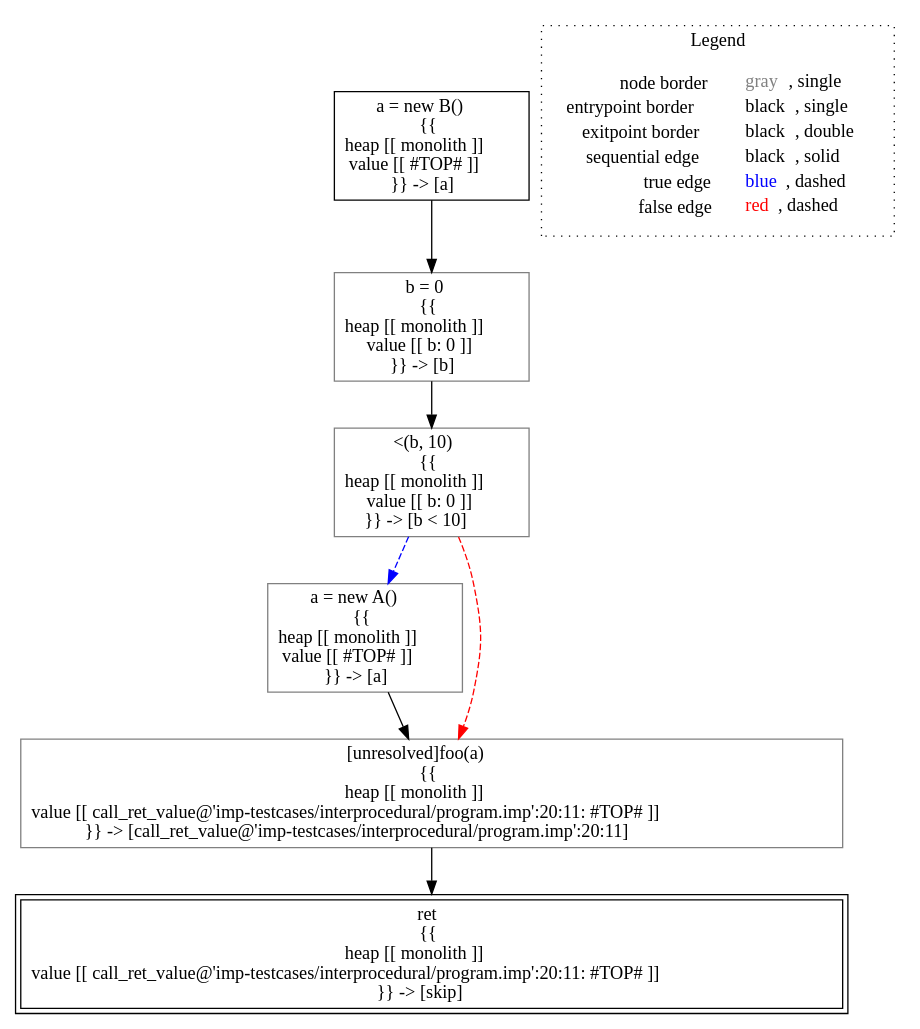
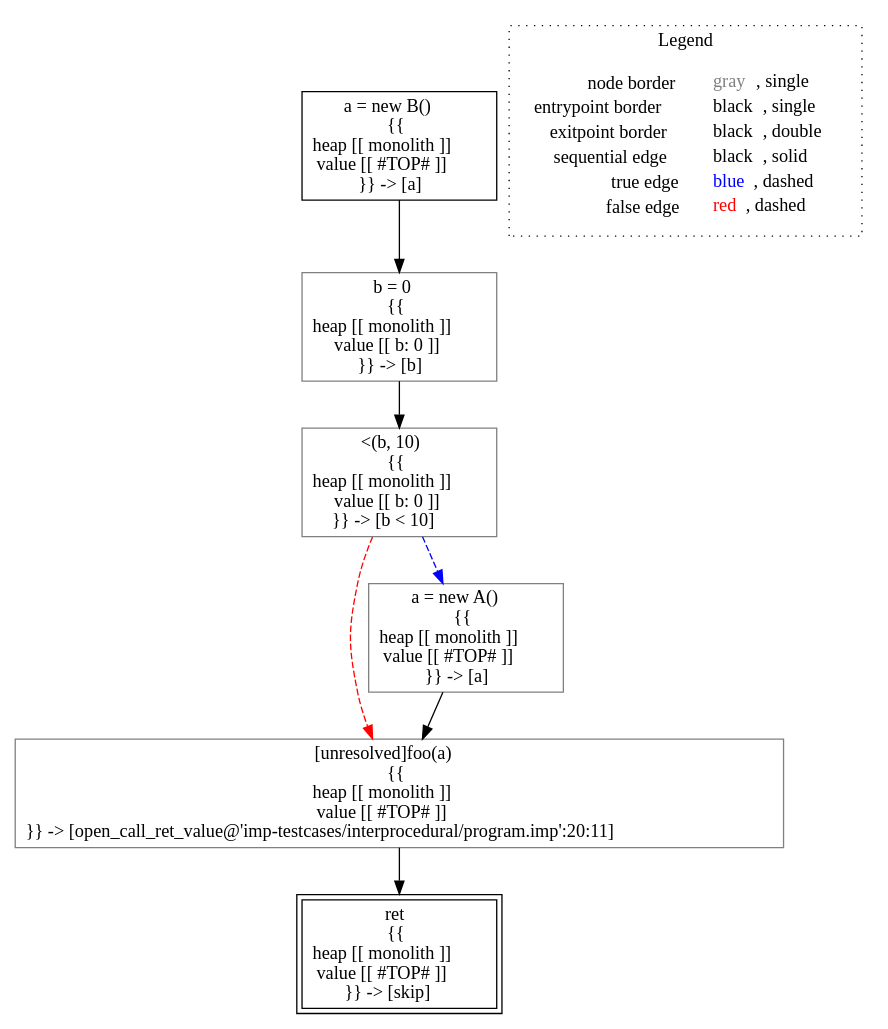
Before and after one commit to lisa-analyzer/lisa: the diagram in lisa/imp-testcases/interprocedural/RTA/analysis___untyped_tests.subtyping(tests_this).dot, drawn with Graphviz. The commit also changed 2 other files, not shown here.

Commit message:
#41 open call uses location instead of offset in meta variable

```diff
--- a/lisa/imp-testcases/interprocedural/RTA/analysis___untyped_tests.subtyping(tests_this).dot
+++ b/lisa/imp-testcases/interprocedural/RTA/analysis___untyped_tests.subtyping(tests_this).dot
@@ -1,21 +1,21 @@
 digraph {
 	"node0" [shape="rect",color="black",label=<a = new B()<BR/>{{<BR/>heap [[ monolith ]]<BR/>value [[ #TOP# ]]<BR/>}} -&gt; [a]>];
-	"node1" [shape="rect",color="gray",label=<&lt;(b, 10)<BR/>{{<BR/>heap [[ monolith ]]<BR/>value [[ b: 0 ]]<BR/>}} -&gt; [b &lt; 10]>];
-	"node2" [shape="rect",color="gray",label=<b = 0<BR/>{{<BR/>heap [[ monolith ]]<BR/>value [[ b: 0 ]]<BR/>}} -&gt; [b]>];
-	"node3" [shape="rect",color="gray",label=<a = new A()<BR/>{{<BR/>heap [[ monolith ]]<BR/>value [[ #TOP# ]]<BR/>}} -&gt; [a]>];
-	"node4" [shape="rect",color="black",peripheries="2",label=<ret<BR/>{{<BR/>heap [[ monolith ]]<BR/>value [[ call_ret_value@'imp-testcases/interprocedural/program.imp':20:11: #TOP# ]]<BR/>}} -&gt; [skip]>];
-	"node5" [shape="rect",color="gray",label=<[unresolved]foo(a)<BR/>{{<BR/>heap [[ monolith ]]<BR/>value [[ call_ret_value@'imp-testcases/interprocedural/program.imp':20:11: #TOP# ]]<BR/>}} -&gt; [call_ret_value@'imp-testcases/interprocedural/program.imp':20:11]>];
-	"node1" -> "node3" [color="blue",style="dashed"];
-	"node1" -> "node5" [color="red",style="dashed"];
+	"node1" [shape="rect",color="black",peripheries="2",label=<ret<BR/>{{<BR/>heap [[ monolith ]]<BR/>value [[ #TOP# ]]<BR/>}} -&gt; [skip]>];
+	"node2" [shape="rect",color="gray",label=<[unresolved]foo(a)<BR/>{{<BR/>heap [[ monolith ]]<BR/>value [[ #TOP# ]]<BR/>}} -&gt; [open_call_ret_value@'imp-testcases/interprocedural/program.imp':20:11]>];
+	"node3" [shape="rect",color="gray",label=<b = 0<BR/>{{<BR/>heap [[ monolith ]]<BR/>value [[ b: 0 ]]<BR/>}} -&gt; [b]>];
+	"node4" [shape="rect",color="gray",label=<&lt;(b, 10)<BR/>{{<BR/>heap [[ monolith ]]<BR/>value [[ b: 0 ]]<BR/>}} -&gt; [b &lt; 10]>];
+	"node5" [shape="rect",color="gray",label=<a = new A()<BR/>{{<BR/>heap [[ monolith ]]<BR/>value [[ #TOP# ]]<BR/>}} -&gt; [a]>];
+	"node0" -> "node3" [color="black"];
 	"node2" -> "node1" [color="black"];
-	"node3" -> "node5" [color="black"];
-	"node5" -> "node4" [color="black"];
-	"node0" -> "node2" [color="black"];
+	"node3" -> "node4" [color="black"];
+	"node4" -> "node2" [color="red",style="dashed"];
+	"node4" -> "node5" [color="blue",style="dashed"];
+	"node5" -> "node2" [color="black"];
 subgraph cluster_legend {
 	label="Legend";
 	style=dotted;
 	node [shape=plaintext];
 	"legend" [label=<<table border="0" cellpadding="2" cellspacing="0" cellborder="0"><tr><td align="right">node border&nbsp;</td><td align="left"><font color="gray">gray</font>, single</td></tr><tr><td align="right">entrypoint border&nbsp;</td><td align="left"><font color="black">black</font>, single</td></tr><tr><td align="right">exitpoint border&nbsp;</td><td align="left"><font color="black">black</font>, double</td></tr><tr><td align="right">sequential edge&nbsp;</td><td align="left"><font color="black">black</font>, solid</td></tr><tr><td align="right">true edge&nbsp;</td><td align="left"><font color="blue">blue</font>, dashed</td></tr><tr><td align="right">false edge&nbsp;</td><td align="left"><font color="red">red</font>, dashed</td></tr></table>>];
 }
 
 }
```
